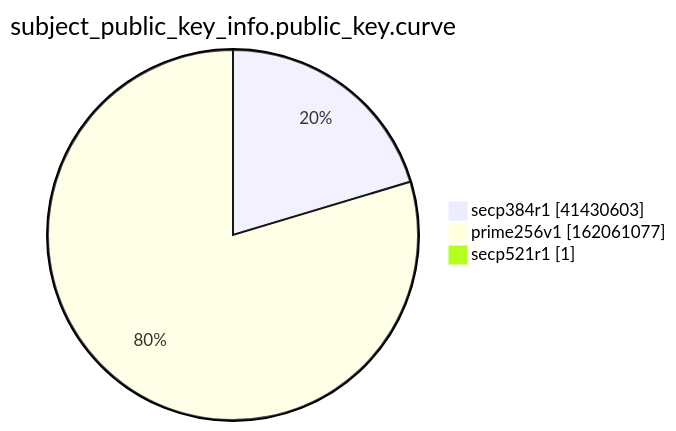
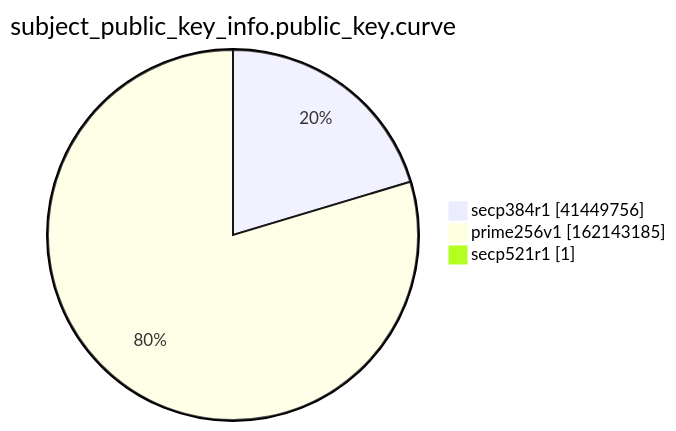
Before and after one commit to christiankrug/ctmonitor_visualization: the ninth of 15 diagrams in xenon2022/README.md, drawn with Mermaid. The commit also changed other lines of this file, not shown here.

````diff
--- a/xenon2022/README.md
+++ b/xenon2022/README.md
@@ -2868,7 +2868,7 @@
 ```mermaid
 pie showData
 title subject_public_key_info.public_key.curve
-"secp384r1" :41430603
-"prime256v1" :162061077
+"secp384r1" :41449756
+"prime256v1" :162143185
 "secp521r1" :1
 ```
````
